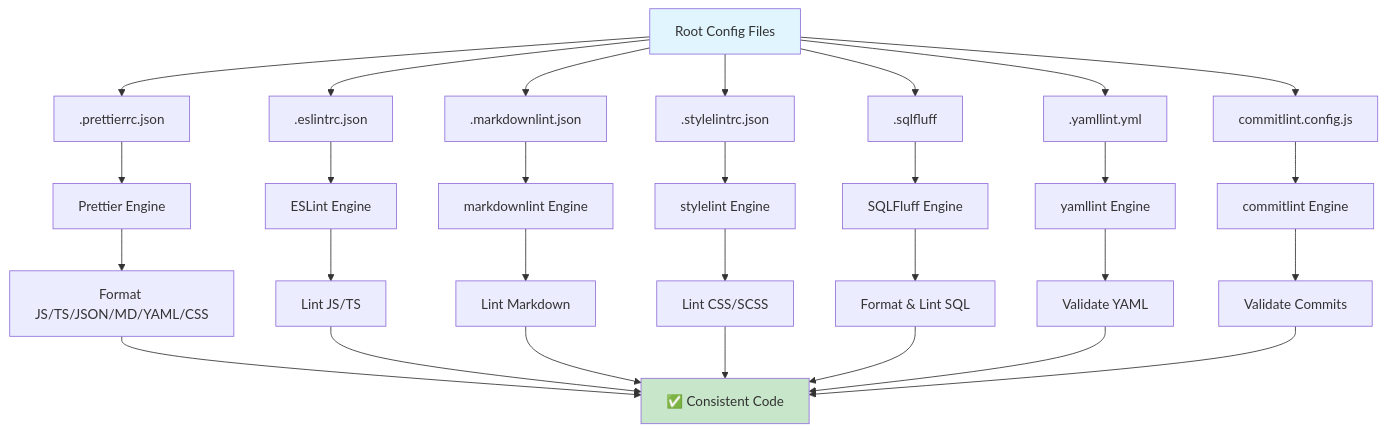
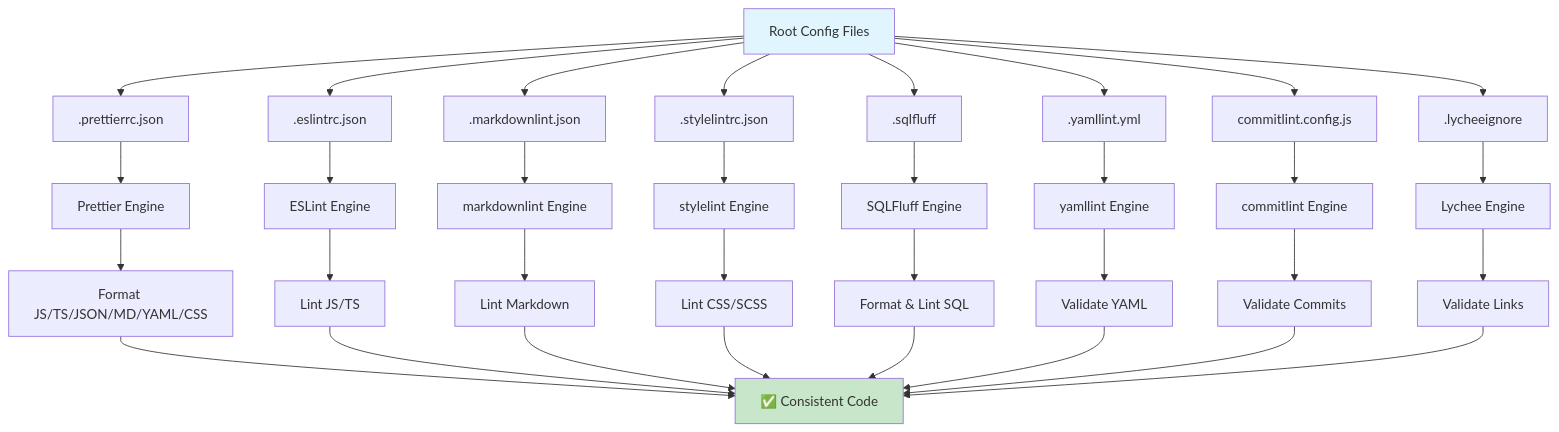
One commit to borealBytes/startup-blueprint changed the fourth of 4 diagrams in .github/CI_CD_GUIDE.md. Above: the diagram before and after it, drawn with Mermaid. The commit also changed other lines of this file, not shown here.

````diff
--- a/.github/CI_CD_GUIDE.md
+++ b/.github/CI_CD_GUIDE.md
@@ -565,37 +320,41 @@
 ```mermaid
 flowchart TD
     A[Root Config Files] --> B[.prettierrc.json]
     A --> C[.eslintrc.json]
     A --> D[.markdownlint.json]
     A --> E[.stylelintrc.json]
     A --> F[.sqlfluff]
     A --> G[.yamllint.yml]
     A --> H[commitlint.config.js]
-
-    B --> I[Prettier Engine]
-    C --> J[ESLint Engine]
-    D --> K[markdownlint Engine]
-    E --> L[stylelint Engine]
-    F --> M[SQLFluff Engine]
-    G --> N[yamllint Engine]
-    H --> O[commitlint Engine]
-
-    I --> P[Format JS/TS/JSON/MD/YAML/CSS]
-    J --> Q[Lint JS/TS]
-    K --> R[Lint Markdown]
-    L --> S[Lint CSS/SCSS]
-    M --> T[Format & Lint SQL]
-    N --> U[Validate YAML]
-    O --> V[Validate Commits]
-
-    P --> W[✅ Consistent Code]
-    Q --> W
-    R --> W
-    S --> W
-    T --> W
-    U --> W
-    V --> W
-
+    A --> I[.lycheeignore]
+    
+    B --> J[Prettier Engine]
+    C --> K[ESLint Engine]
+    D --> L[markdownlint Engine]
+    E --> M[stylelint Engine]
+    F --> N[SQLFluff Engine]
+    G --> O[yamllint Engine]
+    H --> P[commitlint Engine]
+    I --> Q[Lychee Engine]
+    
+    J --> R[Format JS/TS/JSON/MD/YAML/CSS]
+    K --> S[Lint JS/TS]
+    L --> T[Lint Markdown]
+    M --> U[Lint CSS/SCSS]
+    N --> V[Format & Lint SQL]
+    O --> W[Validate YAML]
+    P --> X[Validate Commits]
+    Q --> Y[Validate Links]
+    
+    R --> Z[✅ Consistent Code]
+    S --> Z
+    T --> Z
+    U --> Z
+    V --> Z
+    W --> Z
+    X --> Z
+    Y --> Z
+    
     style A fill:#e1f5ff
-    style W fill:#c8e6c9
+    style Z fill:#c8e6c9
 ```
````
